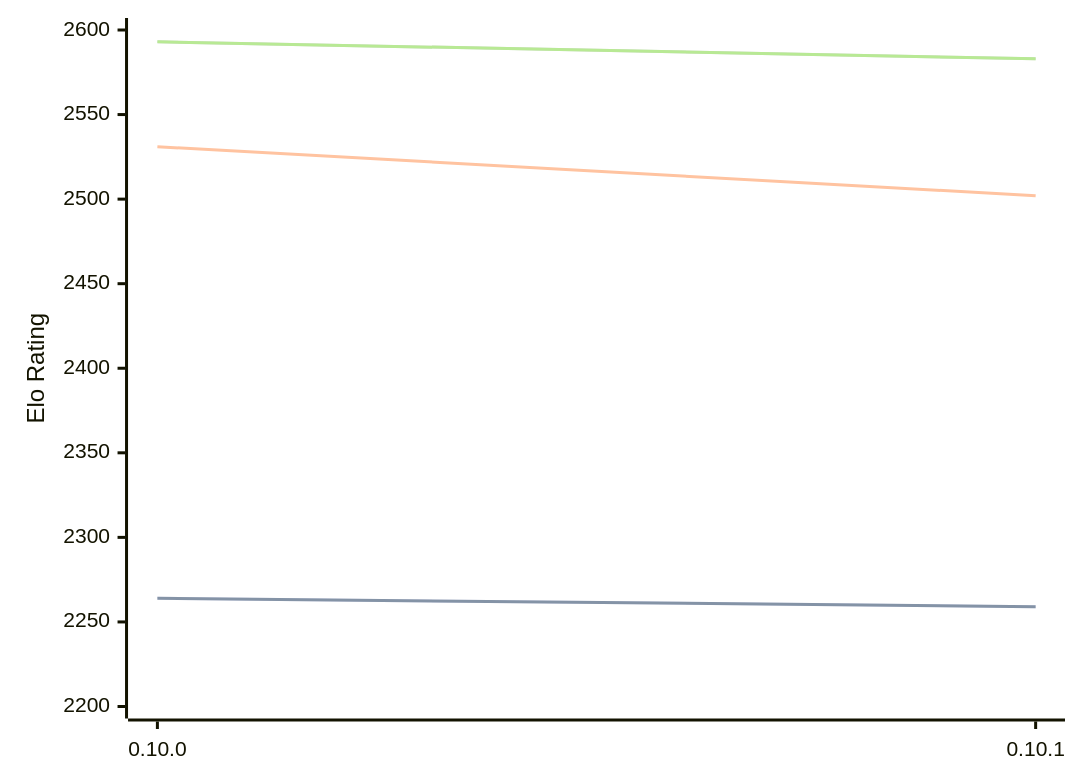
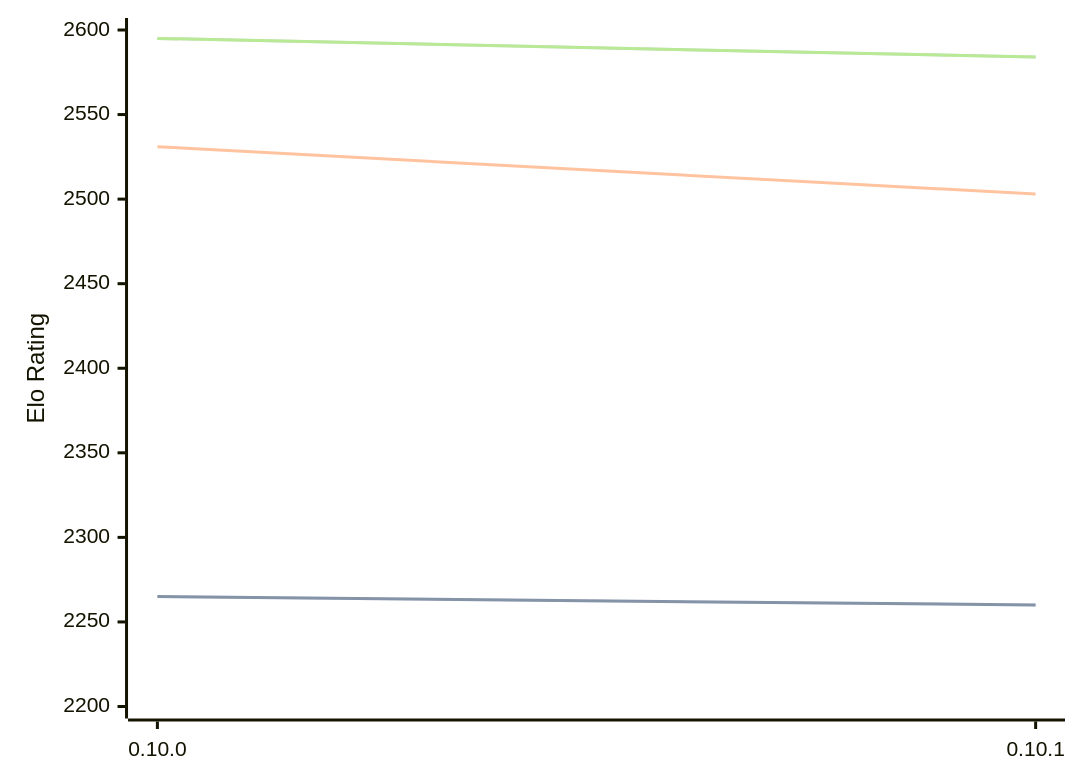
The first of 3 diagrams in engines/Fatalii.md (computer-chess-index/cci), drawn with Mermaid before and after one commit. The commit also changed other lines of this file, not shown here.

Commit message:
Update CCI Ratings (ELO VLTC) - 2026-06-30

````diff
--- a/engines/Fatalii.md
+++ b/engines/Fatalii.md
@@ -46,11 +46,11 @@
 ```mermaid
 %%{init: {"theme":"base","themeVariables":{"seriesColors:['#a3a3a3','#222221','#faa371']}}}%%
 xychart-beta
   x-axis ["0.10.0", "0.10.1"]
   y-axis "Elo Rating" 2200 --> 2600
-  line "STC (8.0+0.08s)" [2264, 2259]
-  line "STC (8.0+0.08s)" [2264, 2259]
-  line "LTC (60.0+0.60s)" [2531, 2502]
-  line "VLTC (2m24s+1.12s)" [2593, 2583]
-  line "VLTC (2m24s+1.12s)" [2593, 2583]
+  line "STC (8.0+0.08s)" [2265, 2260]
+  line "STC (8.0+0.08s)" [2265, 2260]
+  line "LTC (60.0+0.60s)" [2531, 2503]
+  line "VLTC (2m24s+1.12s)" [2595, 2584]
+  line "VLTC (2m24s+1.12s)" [2595, 2584]
 ```
````
